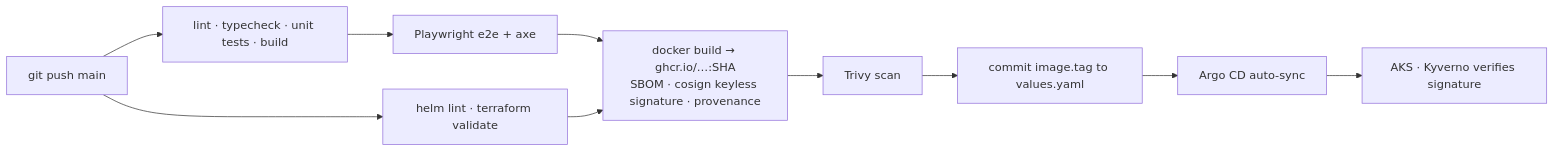
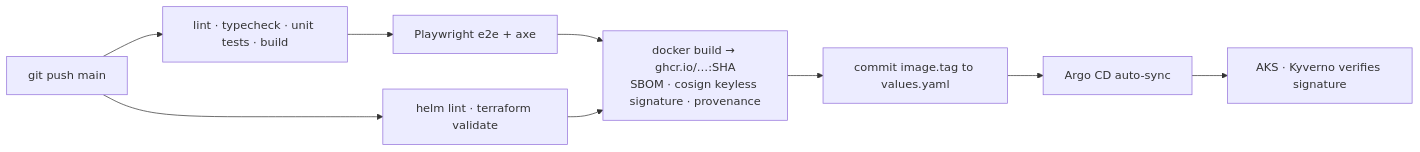
Before and after one commit to Karthik-099/packet-journey-3d: the second of 2 diagrams in README.md, drawn with Mermaid. The commit also changed other lines of this file and 2 other files, not shown here.

Commit message:
CI: remove Trivy image scan

````diff
--- a/README.md
+++ b/README.md
@@ -134,10 +134,9 @@
 ```mermaid
 flowchart LR
   push[git push main] --> V[lint · typecheck · unit tests · build]
   V --> E[Playwright e2e + axe]
   push --> I[helm lint · terraform validate]
   E & I --> B[docker build → ghcr.io/…:SHA<br/>SBOM · cosign keyless signature · provenance]
-  B --> T[Trivy scan]
-  T --> U[commit image.tag to values.yaml]
+  B --> U[commit image.tag to values.yaml]
   U --> A[Argo CD auto-sync] --> K[AKS · Kyverno verifies signature]
 ```
````
